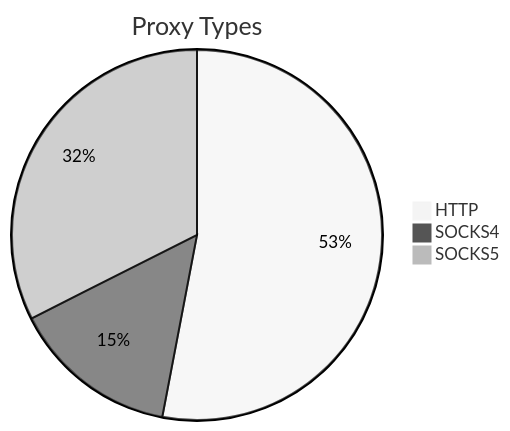
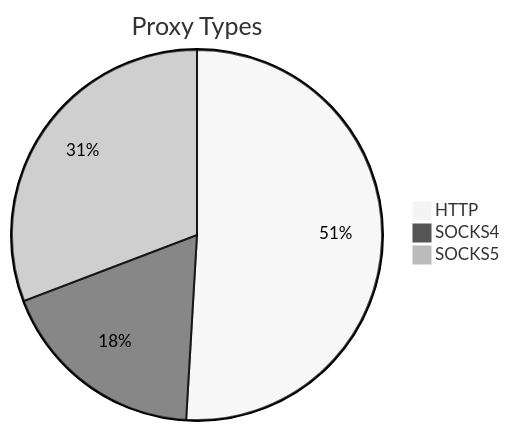
Before and after one commit to stormsia/proxy-list: the first of 2 diagrams in README.md, drawn with Mermaid (neutral theme). The commit also changed other lines of this file, not shown here.

````diff
--- a/README.md
+++ b/README.md
@@ -21,6 +21,6 @@
 ```mermaid
 pie title Proxy Types
-    "HTTP" : 353
-    "SOCKS4" : 97
-    "SOCKS5" : 216
+    "HTTP" : 382
+    "SOCKS4" : 137
+    "SOCKS5" : 231
 ```
````
